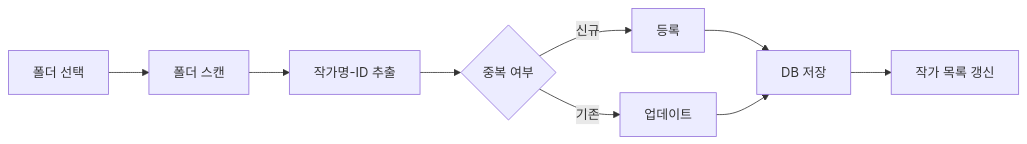
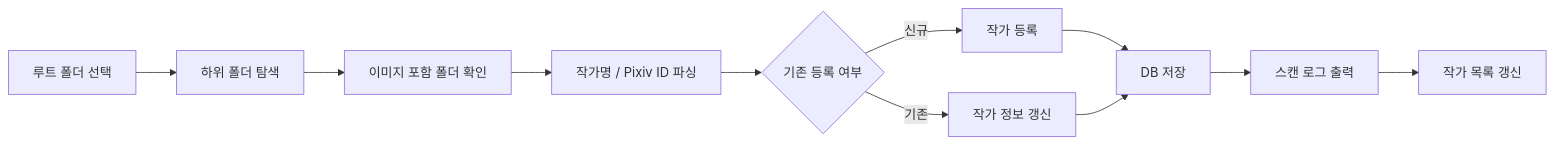
Before and after one commit to PKT0623/PixivLocalManager: the third of 13 diagrams in docs/03_SYSTEM_FLOW.md, drawn with Mermaid. The commit also changed other lines of this file and 11 other files, not shown here.

````diff
--- a/docs/03_SYSTEM_FLOW.md
+++ b/docs/03_SYSTEM_FLOW.md
@@ -27,20 +47,24 @@
 ```mermaid
 flowchart LR
 
-A[폴더 선택]
+A[루트 폴더 선택]
 
-A --> B[폴더 스캔]
+A --> B[하위 폴더 탐색]
 
-B --> C[작가명-ID 추출]
+B --> C[이미지 포함 폴더 확인]
 
-C --> D{중복 여부}
+C --> D[작가명 / Pixiv ID 파싱]
 
-D -- 신규 --> E[등록]
+D --> E{기존 등록 여부}
 
-D -- 기존 --> F[업데이트]
+E -- 신규 --> F[작가 등록]
 
-E --> G[DB 저장]
-F --> G
+E -- 기존 --> G[작가 정보 갱신]
 
-G --> H[작가 목록 갱신]
+F --> H[DB 저장]
+G --> H
+
+H --> I[스캔 로그 출력]
+
+I --> J[작가 목록 갱신]
 ```
````
